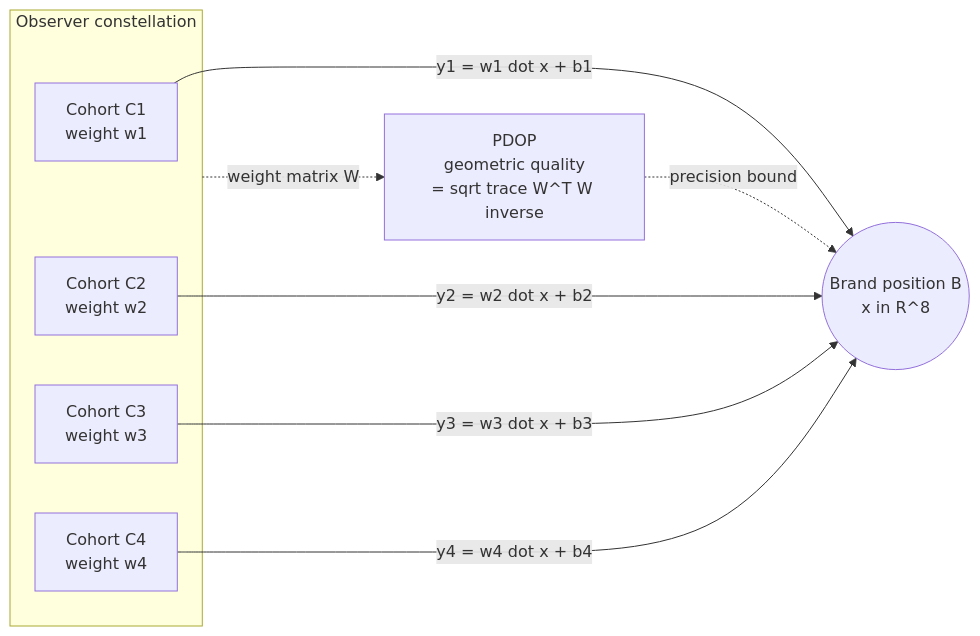
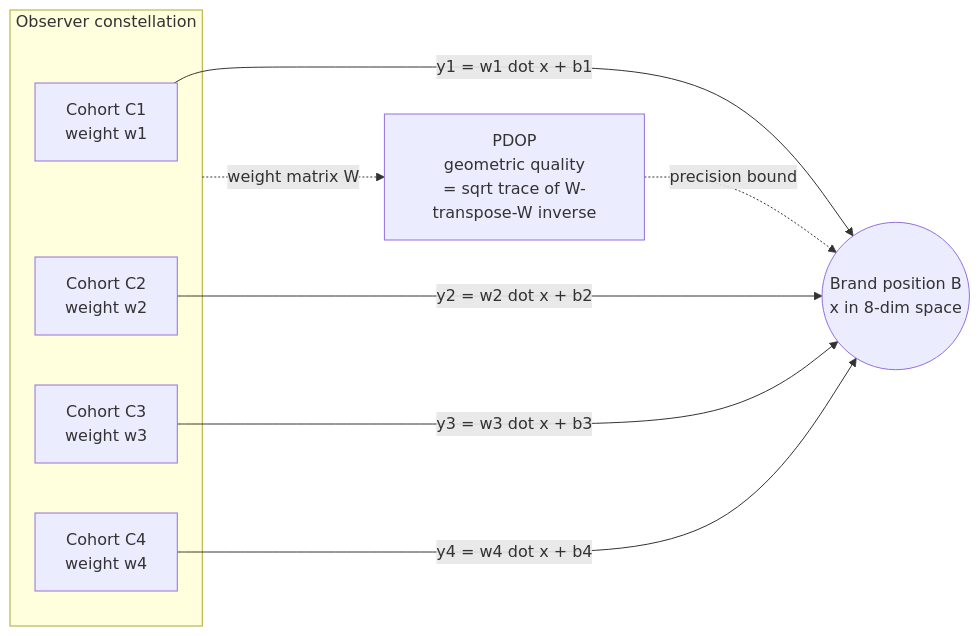
The diagram in r17-brand-triangulation/paper.md (spectralbranding/sbt-papers), drawn with Mermaid before and after one commit. The commit also changed 65 other files, not shown here.

````diff
--- a/r17-brand-triangulation/paper.md
+++ b/r17-brand-triangulation/paper.md
@@ -63,17 +63,17 @@
 ```mermaid
 flowchart LR
     subgraph constellation [Observer constellation]
         C1[Cohort C1<br/>weight w1]
         C2[Cohort C2<br/>weight w2]
         C3[Cohort C3<br/>weight w3]
         C4[Cohort C4<br/>weight w4]
     end
-    B((Brand position B<br/>x in R^8))
-    PDOP[PDOP<br/>geometric quality<br/>= sqrt trace W^T W inverse]
+    B((Brand position B<br/>x in 8-dim space))
+    PDOP[PDOP<br/>geometric quality<br/>= sqrt trace of W-transpose-W inverse]
     C1 -- y1 = w1 dot x + b1 --> B
     C2 -- y2 = w2 dot x + b2 --> B
     C3 -- y3 = w3 dot x + b3 --> B
     C4 -- y4 = w4 dot x + b4 --> B
     constellation -. weight matrix W .-> PDOP
     PDOP -. precision bound .-> B
 ```
````
